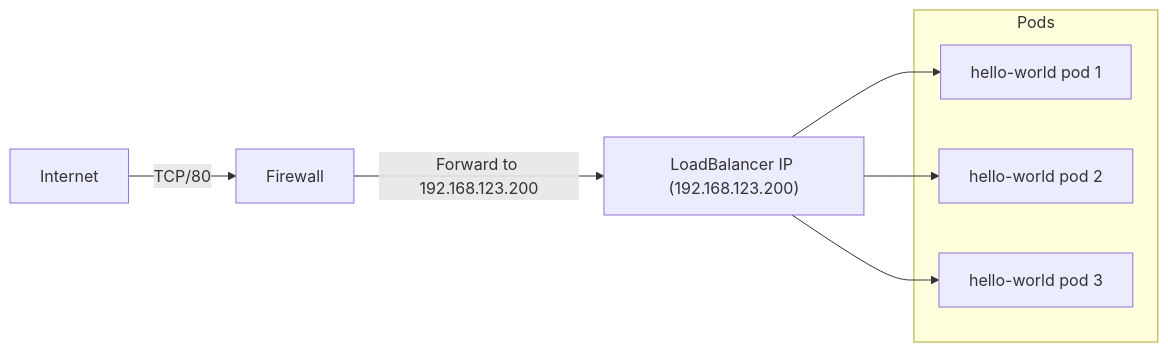
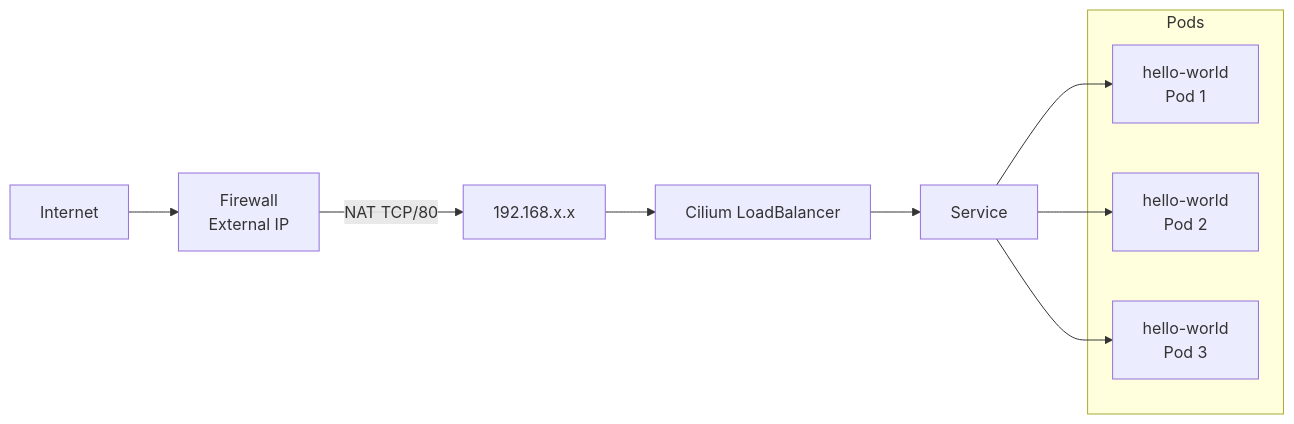
The diagram in Cilium-LB-IPAM/Cilium LB-IPAM example.md (previder/kubernetes-examples), drawn with Mermaid before and after one commit.

Commit message:
Update Cilium LB-IPAM example.md

````diff
--- a/Cilium-LB-IPAM/Cilium LB-IPAM example.md
+++ b/Cilium-LB-IPAM/Cilium LB-IPAM example.md
@@ -15,18 +15,21 @@
 ```mermaid
 flowchart LR
-    Internet -->|TCP/80| Firewall[Firewall]
-    Firewall -->|Forward to 192.168.123.200| CiliumLB["LoadBalancer IP (192.168.123.200)"]
-    
+    Internet --> Firewall["Firewall <br/>External IP"]
+    Firewall -->|NAT TCP/80| IP["192.168.x.x"]
+    IP --> CiliumLB["Cilium LoadBalancer"]
+
+    CiliumLB --> Service["Service"]
+
     subgraph Pods
-        Pod1[hello-world pod 1]
-        Pod2[hello-world pod 2]
-        Pod3[hello-world pod 3]
+        Pod1["hello-world <br/>Pod 1"]
+        Pod2["hello-world <br/>Pod 2"]
+        Pod3["hello-world <br/>Pod 3"]
     end
-    
-    CiliumLB --> Pod1
-    CiliumLB --> Pod2
-    CiliumLB --> Pod3
+
+    Service --> Pod1
+    Service --> Pod2
+    Service --> Pod3
 
 
 
 ```
````
